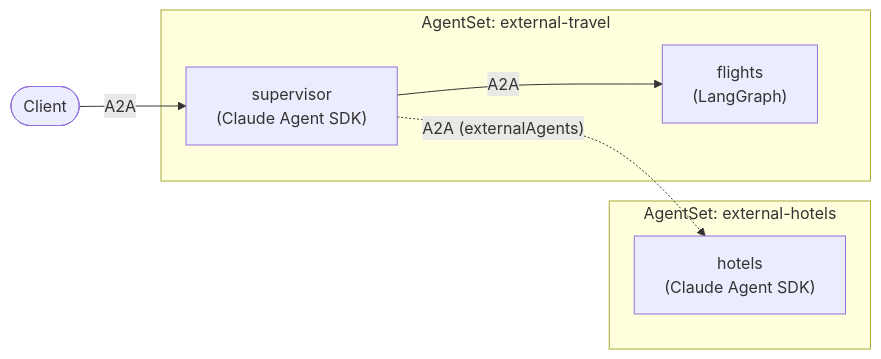
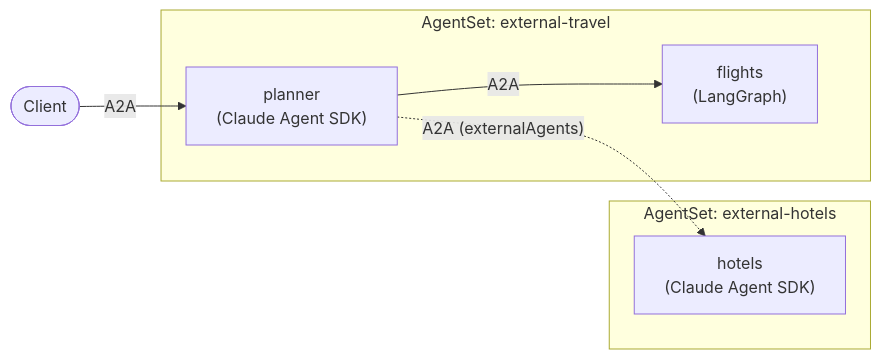
Before and after one commit to kynoproj/kynomesh: the diagram in docs/tutorials/external-agent.md, drawn with Mermaid. The commit also changed other lines of this file and 8 other files, not shown here.

````diff
--- a/docs/tutorials/external-agent.md
+++ b/docs/tutorials/external-agent.md
@@ -13,11 +13,11 @@
 ```mermaid
 flowchart LR
-    client([Client]) -- A2A --> supervisor
+    client([Client]) -- A2A --> planner
     subgraph A ["AgentSet: external-travel"]
-        supervisor["supervisor<br/>(Claude Agent SDK)"] -- A2A --> flights["flights<br/>(LangGraph)"]
+        planner["planner<br/>(Claude Agent SDK)"] -- A2A --> flights["flights<br/>(LangGraph)"]
     end
     subgraph B ["AgentSet: external-hotels"]
         hotels["hotels<br/>(Claude Agent SDK)"]
     end
-    supervisor -. "A2A (externalAgents)" .-> hotels
+    planner -. "A2A (externalAgents)" .-> hotels
 ```
````
